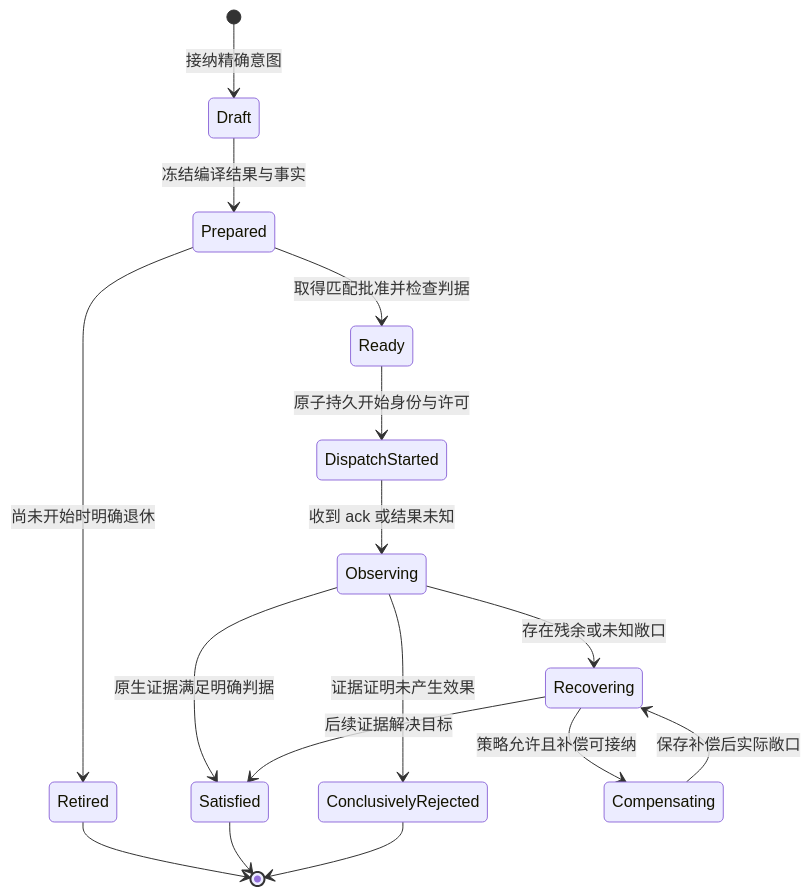
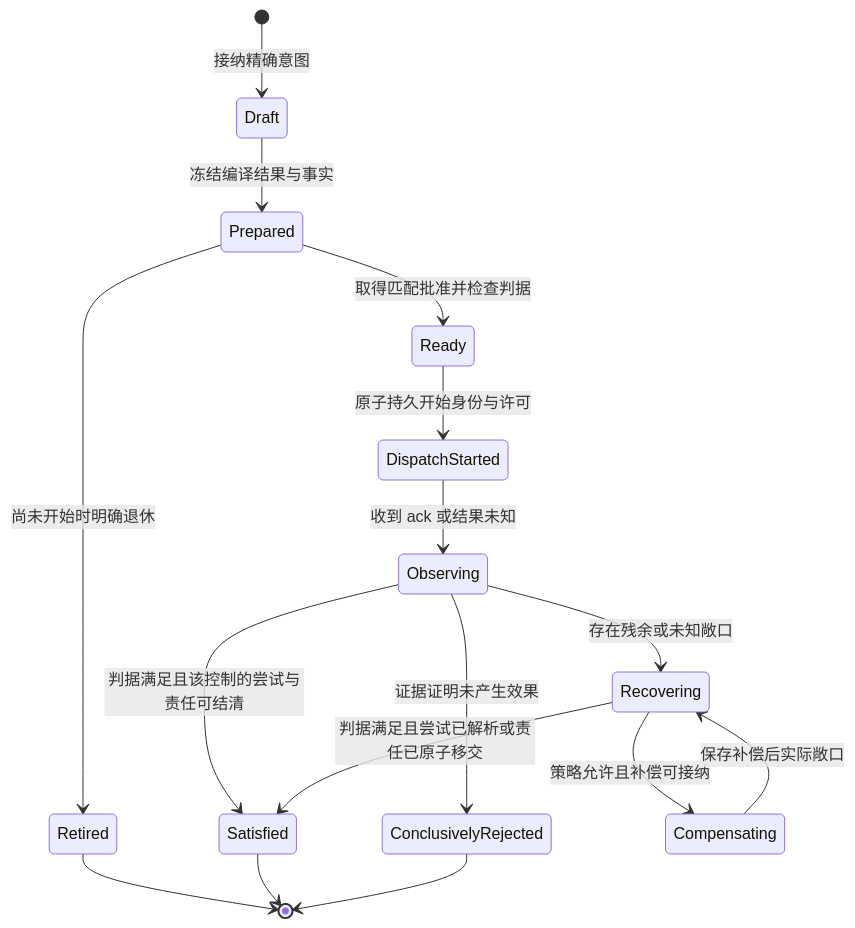
Before and after one commit to mouriya-s-lab/OpenAlice: the third of 5 diagrams in docs/uta-capability-runtime-design.md, drawn with Mermaid. The commit also changed other lines of this file and 10 other files, not shown here.

````diff
--- a/docs/uta-capability-runtime-design.md
+++ b/docs/uta-capability-runtime-design.md
@@ -694,18 +839,18 @@
 ```mermaid
 stateDiagram-v2
   [*] --> Draft: 接纳精确意图
   Draft --> Prepared: 冻结编译结果与事实
   Prepared --> Ready: 取得匹配批准并检查判据
   Prepared --> Retired: 尚未开始时明确退休
   Ready --> DispatchStarted: 原子持久开始身份与许可
   DispatchStarted --> Observing: 收到 ack 或结果未知
-  Observing --> Satisfied: 原生证据满足明确判据
+  Observing --> Satisfied: 判据满足且该控制的尝试与责任可结清
   Observing --> ConclusivelyRejected: 证据证明未产生效果
   Observing --> Recovering: 存在残余或未知敞口
-  Recovering --> Satisfied: 后续证据解决目标
+  Recovering --> Satisfied: 判据满足且尝试已解析或责任已原子移交
   Recovering --> Compensating: 策略允许且补偿可接纳
   Compensating --> Recovering: 保存补偿后实际敞口
   Retired --> [*]
   Satisfied --> [*]
   ConclusivelyRejected --> [*]
 ```
````
